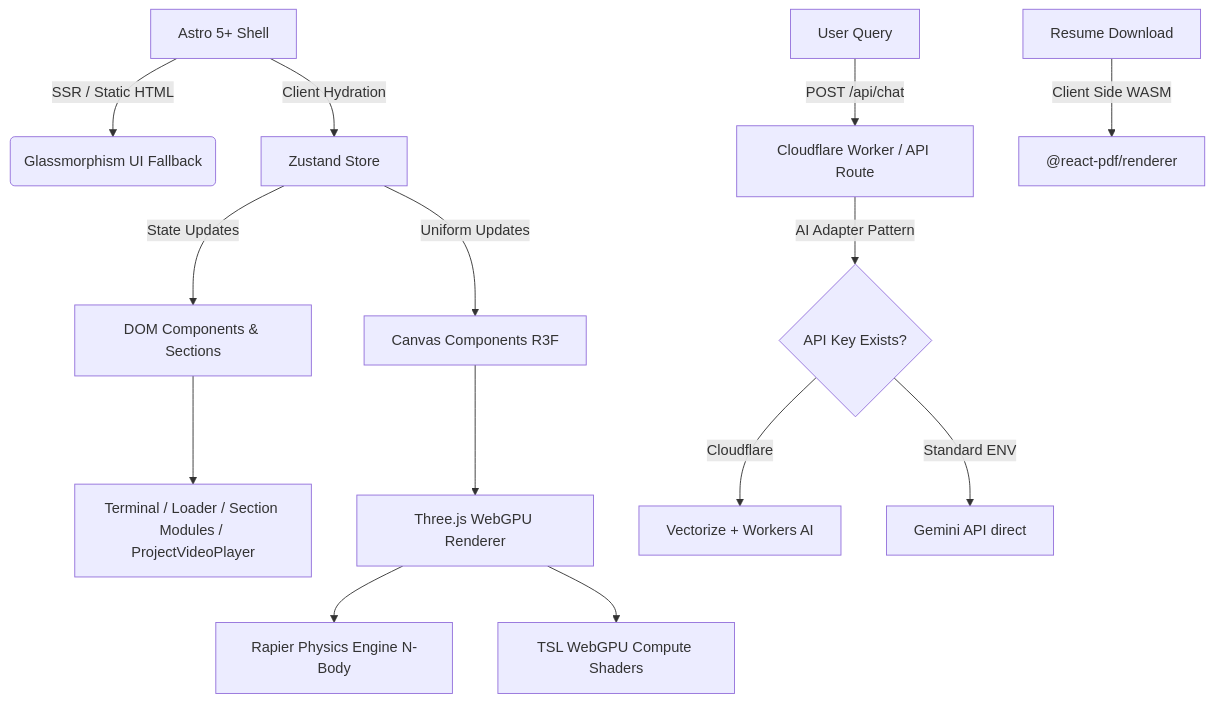
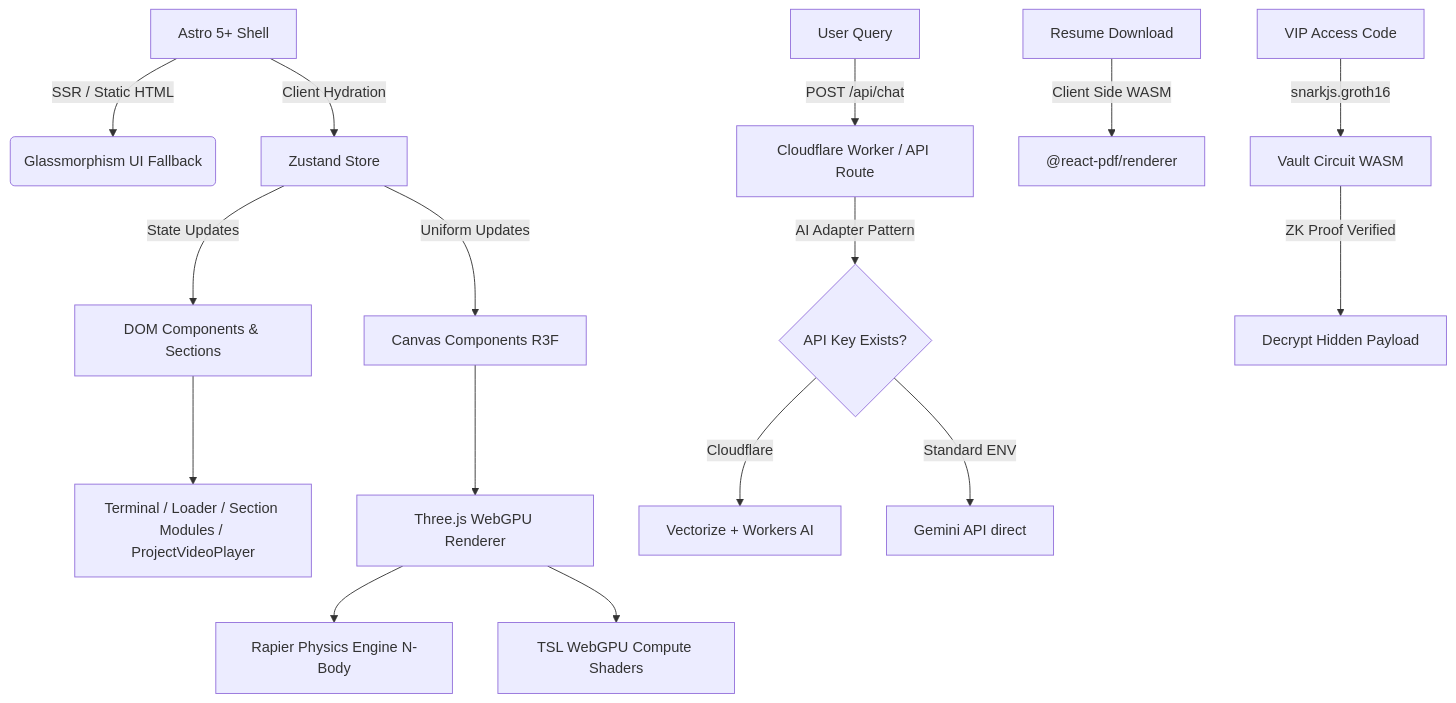
One commit to vikastiwari/elite-dev-portfolio changed the diagram in docs/ARCHITECTURE.md. Above: the diagram before and after it, drawn with Mermaid. The commit also changed other lines of this file and 7 other files, not shown here.

````diff
--- a/docs/ARCHITECTURE.md
+++ b/docs/ARCHITECTURE.md
@@ -9,21 +9,24 @@
 ```mermaid
 graph TD
     A[Astro 5+ Shell] -->|SSR / Static HTML| B(Glassmorphism UI Fallback)
     A -->|Client Hydration| C[Zustand Store]
     
     C -->|State Updates| D[DOM Components & Sections]
     C -->|Uniform Updates| E[Canvas Components R3F]
     
     D --> F[Terminal / Loader / Section Modules / ProjectVideoPlayer]
     E --> G[Three.js WebGPU Renderer]
     
     G --> H[Rapier Physics Engine N-Body]
     G --> H2[TSL WebGPU Compute Shaders]
     
     I[User Query] -->|POST /api/chat| J[Cloudflare Worker / API Route]
     J -->|AI Adapter Pattern| K{API Key Exists?}
     K -->|Cloudflare| L[Vectorize + Workers AI]
     K -->|Standard ENV| M[Gemini API direct]
     
     N[Resume Download] -->|Client Side WASM| O["@react-pdf/renderer"]
+    
+    P[VIP Access Code] -->|snarkjs.groth16| Q[Vault Circuit WASM]
+    Q -->|ZK Proof Verified| R[Decrypt Hidden Payload]
 ```
````
